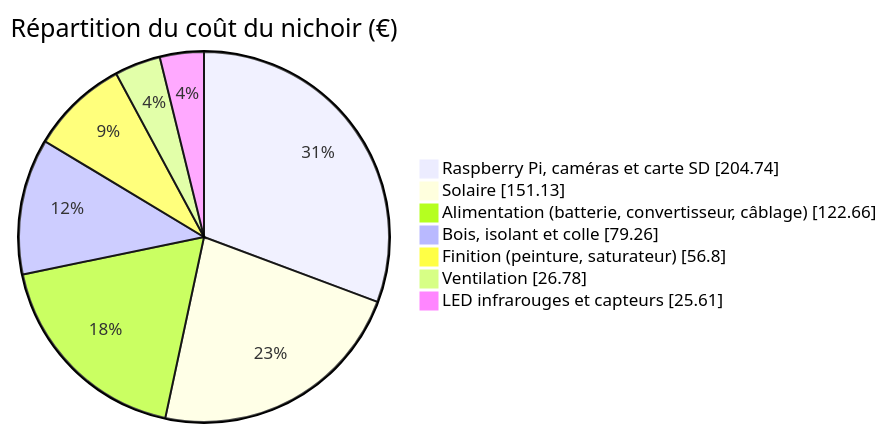
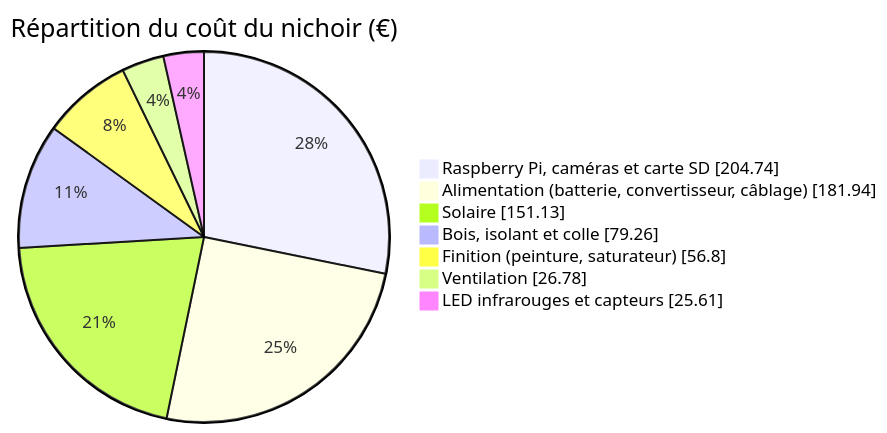
One commit to mathieujullien77190/birds changed the second of 2 diagrams in docs/schema-electronique.md. Above: the diagram before and after it, drawn with Mermaid. The commit also changed other lines of this file and 11 other files, not shown here.

````diff
--- a/docs/schema-electronique.md
+++ b/docs/schema-electronique.md
@@ -770,10 +776,10 @@
 ```mermaid
 pie showData title Répartition du coût du nichoir (€)
     "Raspberry Pi, caméras et carte SD" : 204.74
+    "Alimentation (batterie, convertisseur, câblage)" : 181.94
     "Solaire" : 151.13
-    "Alimentation (batterie, convertisseur, câblage)" : 122.66
     "Bois, isolant et colle" : 79.26
     "Finition (peinture, saturateur)" : 56.8
     "Ventilation" : 26.78
     "LED infrarouges et capteurs" : 25.61
 ```
````
